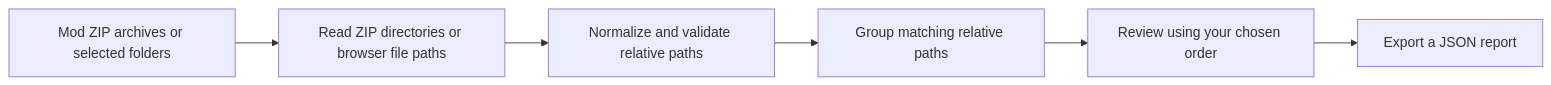
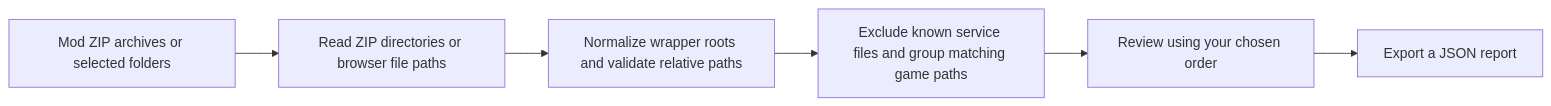
Before and after one commit to GhosTnever-lkm/paradox-mod-conflict-map: the diagram in README.md, drawn with Mermaid. The commit also changed other lines of this file and 6 other files, not shown here.

````diff
--- a/README.md
+++ b/README.md
@@ -18,8 +19,8 @@
 ```mermaid
 flowchart LR
     A[Mod ZIP archives or selected folders] --> B[Read ZIP directories or browser file paths]
-    B --> C[Normalize and validate relative paths]
-    C --> D[Group matching relative paths]
+    B --> C[Normalize wrapper roots and validate relative paths]
+    C --> D[Exclude known service files and group matching game paths]
     D --> E[Review using your chosen order]
     E --> F[Export a JSON report]
 ```
````
